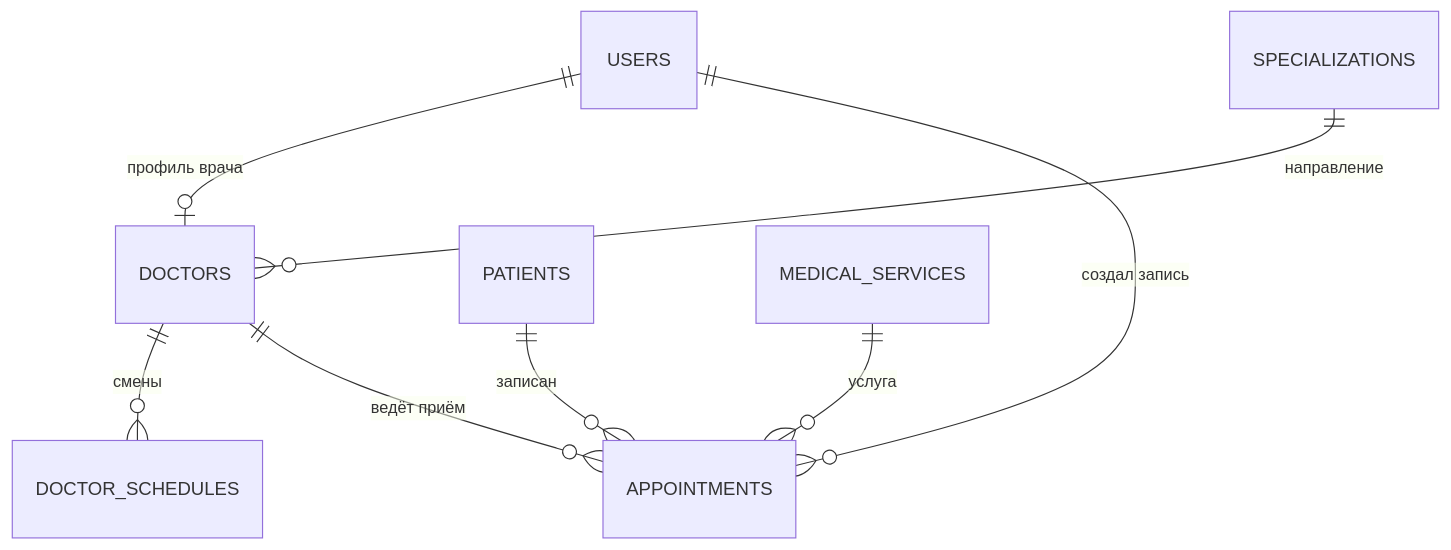
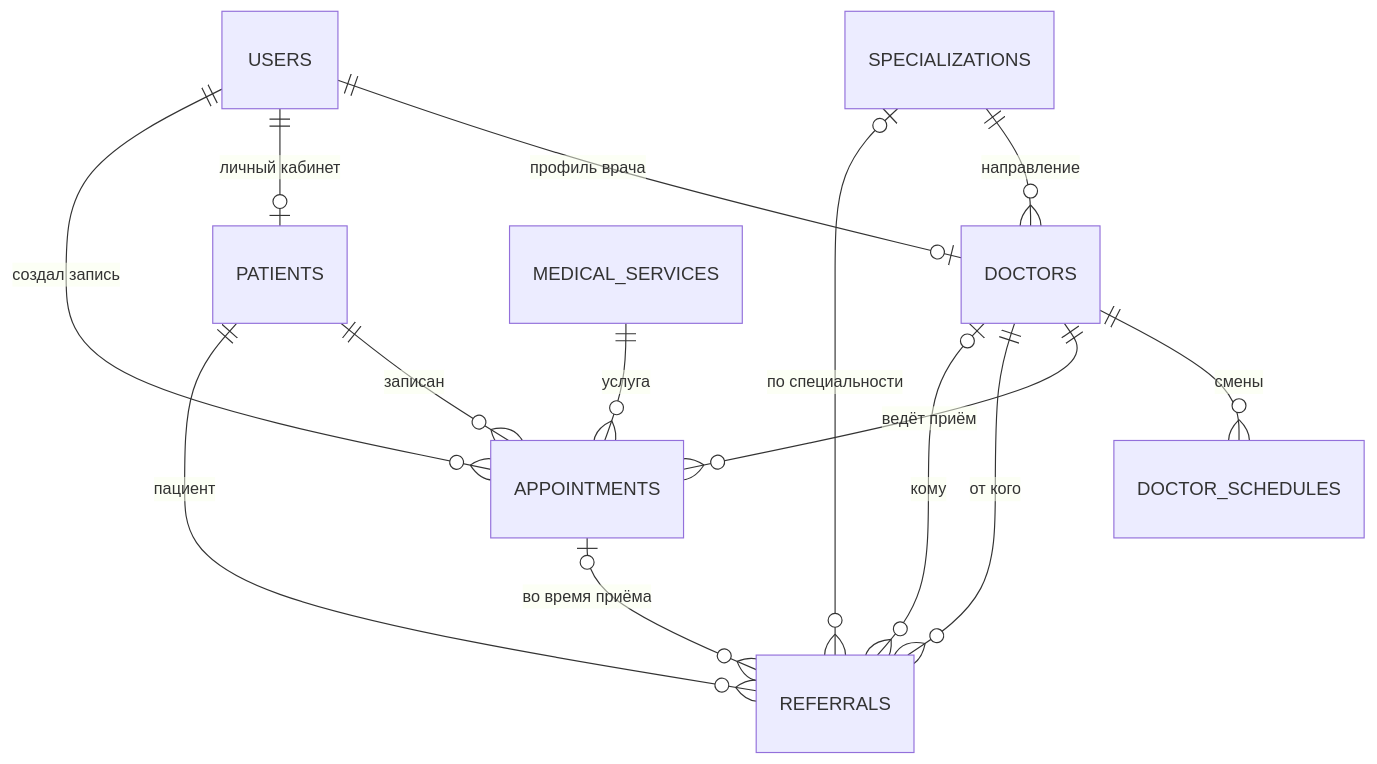
The diagram in README.md (ward25000/Hospital-Appointment-and-Medical-Administration-System), drawn with Mermaid before and after one commit. The commit also changed other lines of this file and 45 other files, not shown here.

First line of the commit message:
Личный кабинет пациента и электронные направления

````diff
--- a/README.md
+++ b/README.md
@@ -312,10 +386,16 @@
 ```mermaid
 erDiagram
     USERS ||--o| DOCTORS : "профиль врача"
+    USERS ||--o| PATIENTS : "личный кабинет"
     USERS ||--o{ APPOINTMENTS : "создал запись"
     SPECIALIZATIONS ||--o{ DOCTORS : "направление"
     DOCTORS ||--o{ DOCTOR_SCHEDULES : "смены"
     DOCTORS ||--o{ APPOINTMENTS : "ведёт приём"
     PATIENTS ||--o{ APPOINTMENTS : "записан"
     MEDICAL_SERVICES ||--o{ APPOINTMENTS : "услуга"
+    PATIENTS ||--o{ REFERRALS : "пациент"
+    DOCTORS ||--o{ REFERRALS : "от кого"
+    DOCTORS |o--o{ REFERRALS : "кому"
+    SPECIALIZATIONS |o--o{ REFERRALS : "по специальности"
+    APPOINTMENTS |o--o{ REFERRALS : "во время приёма"
 ```
````
